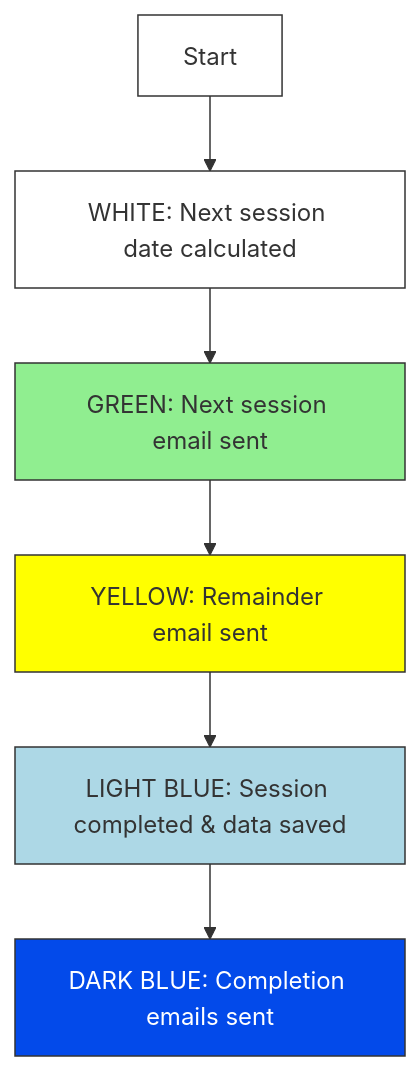
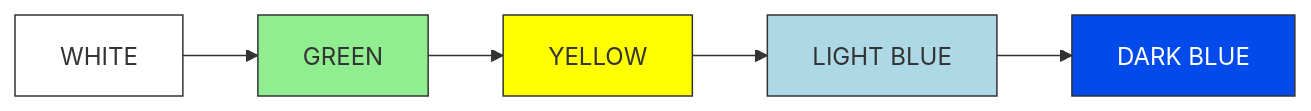
Before and after one commit to ibrahimberb/gable-preview: the second of 7 diagrams in README.md, drawn with Mermaid. The commit also changed other lines of this file, not shown here.

````diff
--- a/README.md
+++ b/README.md
@@ -165,15 +174,13 @@
 ```mermaid
-graph TD;
-    A["Start"] --> B["WHITE: Next session date calculated"];
-    B --> C["GREEN: Next session email sent"];
-    C --> D["YELLOW: Remainder email sent"];
-    D --> E["LIGHT BLUE: Session completed & data saved"];
-    E --> F["DARK BLUE: Completion emails sent"];
+graph LR;
+    A[WHITE] --> B[GREEN];
+    B --> C[YELLOW];
+    C --> D[LIGHT BLUE];
+    D --> E[DARK BLUE];
     
     style A fill:#fff,stroke:#333;
-    style B fill:#fff,stroke:#333;
-    style C fill:#90EE90,stroke:#333;
-    style D fill:#FFFF00,stroke:#333;
-    style E fill:#ADD8E6,stroke:#333;
-    style F fill:#034AEA,color:#fff,stroke:#333;
+    style B fill:#90EE90,stroke:#333;
+    style C fill:#FFFF00,stroke:#333;
+    style D fill:#ADD8E6,stroke:#333;
+    style E fill:#034AEA,color:#fff,stroke:#333;
 ```
````
